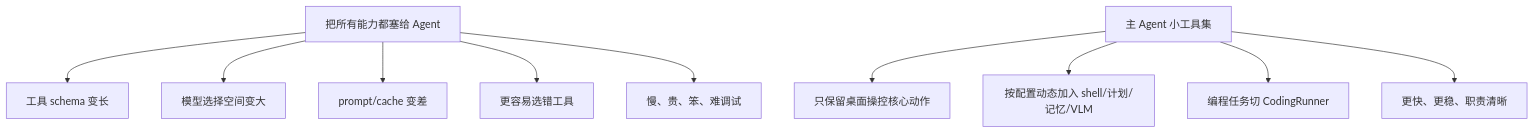
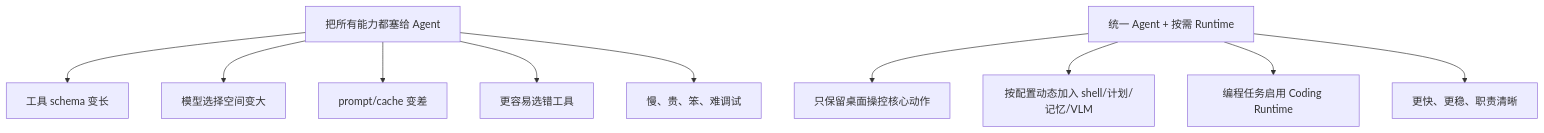
The seventh of 24 diagrams in docs/项目导览-面试版.md (zoujiapeng/lingdong-script), drawn with Mermaid before and after one commit. The commit also changed other lines of this file and 22 other files, not shown here.

Commit message:
Unify coding runtime under AgentRunner

````diff
--- a/docs/项目导览-面试版.md
+++ b/docs/项目导览-面试版.md
@@ -236,15 +241,15 @@
 ```mermaid
 flowchart TB
     many["把所有能力都塞给 Agent"]
     many --> p1["工具 schema 变长"]
     many --> p2["模型选择空间变大"]
     many --> p3["prompt/cache 变差"]
     many --> p4["更容易选错工具"]
     many --> bad["慢、贵、笨、难调试"]
 
-    small["主 Agent 小工具集"]
+    small["统一 Agent + 按需 Runtime"]
     small --> s1["只保留桌面操控核心动作"]
     small --> s2["按配置动态加入 shell/计划/记忆/VLM"]
-    small --> s3["编程任务切 CodingRunner"]
+    small --> s3["编程任务启用 Coding Runtime"]
     small --> good["更快、更稳、职责清晰"]
 ```
````
